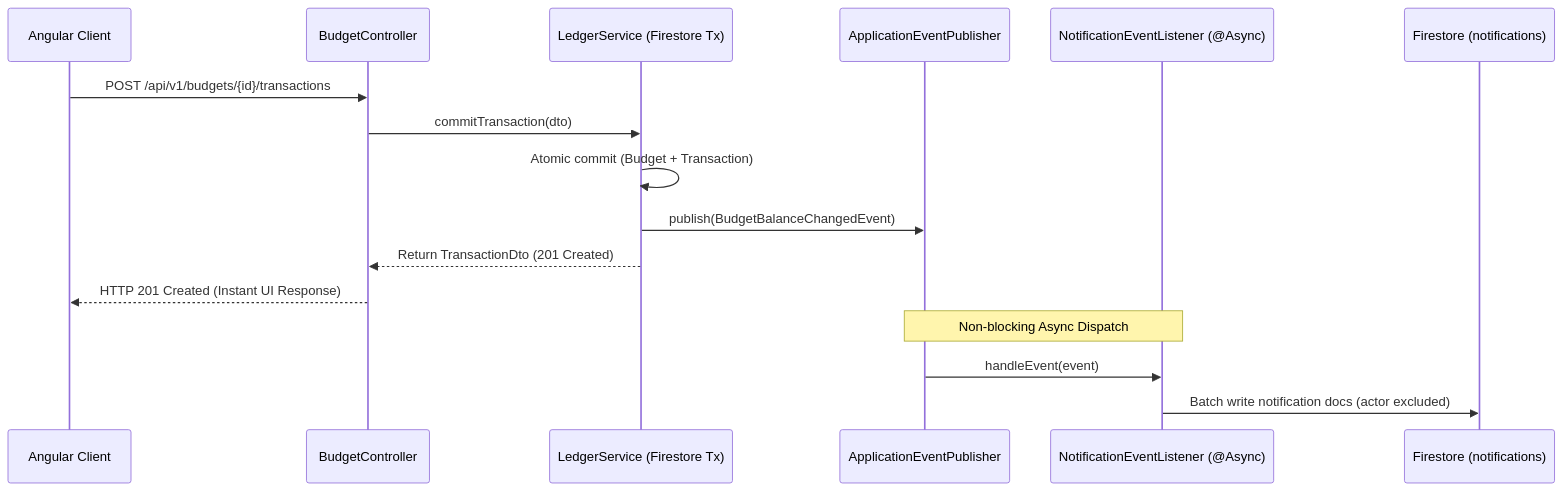
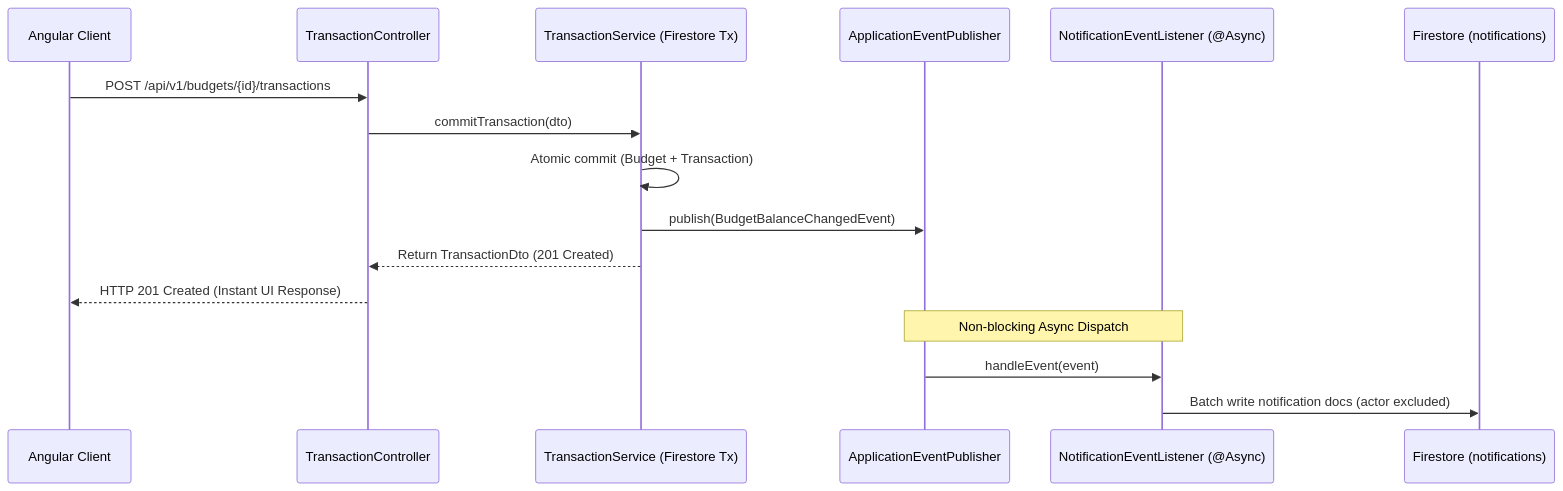
One commit to jcmendozav/expensetracker-monorepo changed the sixth of 6 diagrams in docs/designs/household_multi_budget_ledger.md. Above: the diagram before and after it, drawn with Mermaid. The commit also changed other lines of this file and 48 other files, not shown here.

````diff
--- a/docs/designs/household_multi_budget_ledger.md
+++ b/docs/designs/household_multi_budget_ledger.md
@@ -132,20 +132,20 @@
 ```mermaid
 sequenceDiagram
     participant Client as Angular Client
-    participant Controller as BudgetController
-    participant Service as LedgerService (Firestore Tx)
+    participant Controller as TransactionController
+    participant Service as TransactionService (Firestore Tx)
     participant Publisher as ApplicationEventPublisher
     participant Listener as NotificationEventListener (@Async)
     participant Inbox as Firestore (notifications)
 
     Client->>Controller: POST /api/v1/budgets/{id}/transactions
     Controller->>Service: commitTransaction(dto)
     Service->>Service: Atomic commit (Budget + Transaction)
     Service->>Publisher: publish(BudgetBalanceChangedEvent)
     Service-->>Controller: Return TransactionDto (201 Created)
     Controller-->>Client: HTTP 201 Created (Instant UI Response)
     
     Note over Publisher,Listener: Non-blocking Async Dispatch
     Publisher->>Listener: handleEvent(event)
     Listener->>Inbox: Batch write notification docs (actor excluded)
 ```
````
